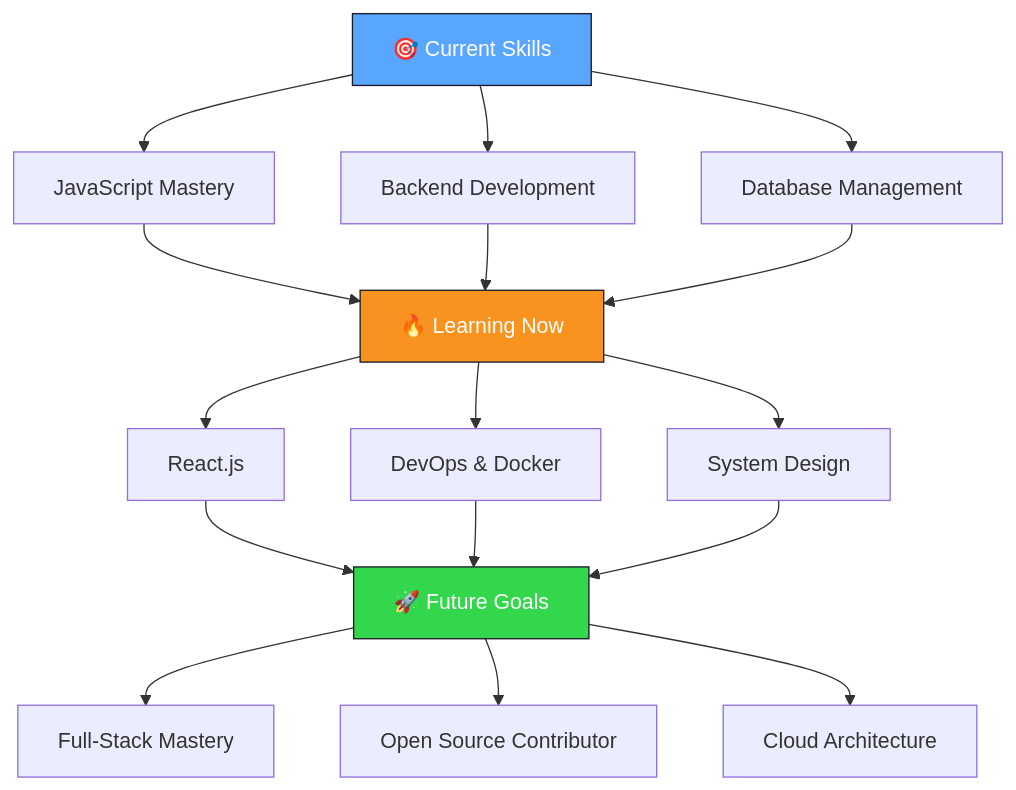
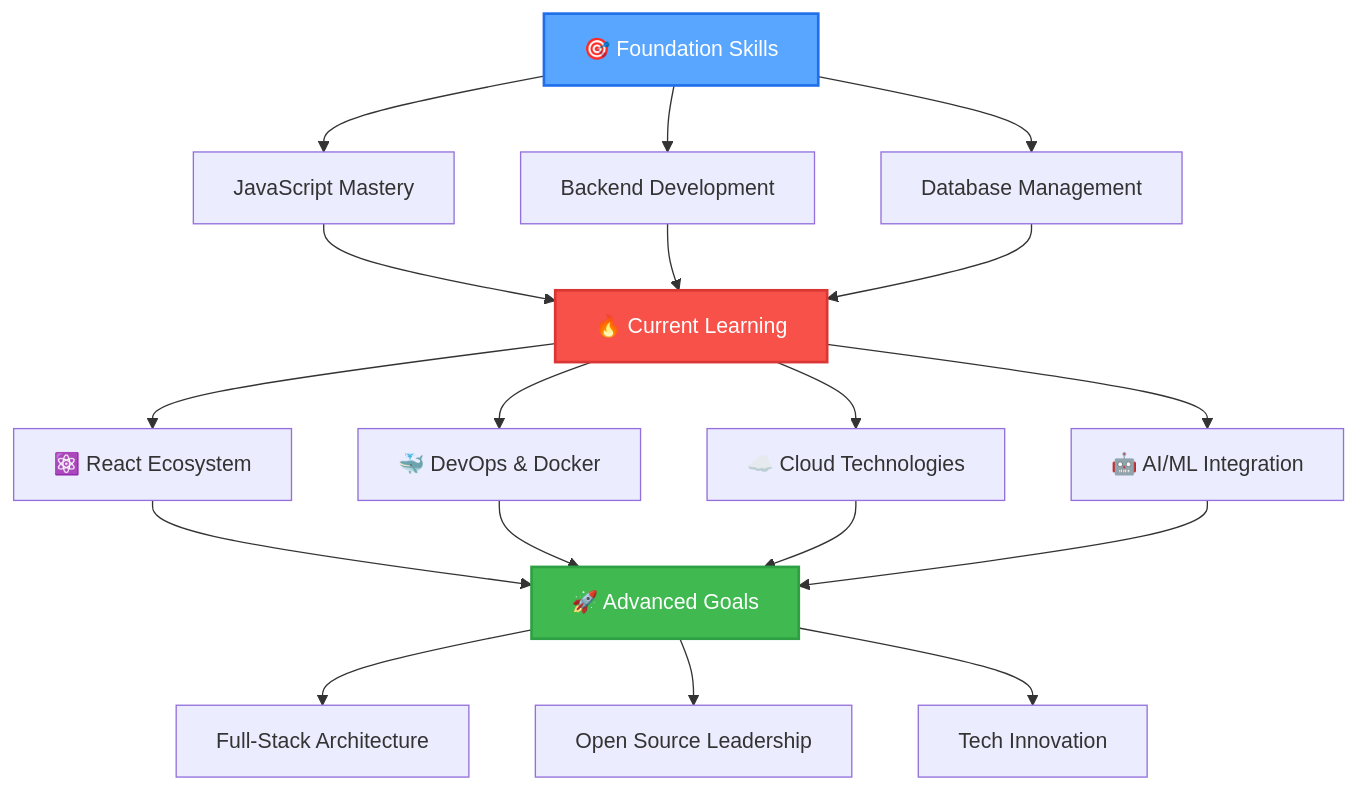
Before and after one commit to ShlokGarg22/ShlokGarg22: the diagram in README.md, drawn with Mermaid. The commit also changed other lines of this file, not shown here.

````diff
--- a/README.md
+++ b/README.md
@@ -132,26 +171,28 @@
 ```mermaid
-flowchart TD
-    A[🎯 Current Skills] --> B[JavaScript Mastery]
-    A --> C[Backend Development]
+graph TD
+    A[🎯 Foundation Skills] --> B[JavaScript Mastery]
+    A --> C[Backend Development] 
     A --> D[Database Management]
     
-    B --> E[🔥 Learning Now]
+    B --> E[🔥 Current Learning]
     C --> E
     D --> E
     
-    E --> F[React.js]
-    E --> G[DevOps & Docker]
-    E --> H[System Design]
+    E --> F[⚛️ React Ecosystem]
+    E --> G[🐳 DevOps & Docker]
+    E --> H[☁️ Cloud Technologies]
+    E --> I[🤖 AI/ML Integration]
     
-    F --> I[🚀 Future Goals]
-    G --> I
-    H --> I
+    F --> J[🚀 Advanced Goals]
+    G --> J
+    H --> J 
+    I --> J
     
-    I --> J[Full-Stack Mastery]
-    I --> K[Open Source Contributor]
-    I --> L[Cloud Architecture]
+    J --> K[Full-Stack Architecture]
+    J --> L[Open Source Leadership]
+    J --> M[Tech Innovation]
     
-    style A fill:#58a6ff,stroke:#1a1b27,color:#fff
-    style E fill:#f7931e,stroke:#1a1b27,color:#fff
-    style I fill:#32d74b,stroke:#1a1b27,color:#fff
+    style A fill:#58a6ff,stroke:#1f6feb,stroke-width:2px,color:#fff
+    style E fill:#f85149,stroke:#da3633,stroke-width:2px,color:#fff  
+    style J fill:#3fb950,stroke:#2ea043,stroke-width:2px,color:#fff
 ```
````
